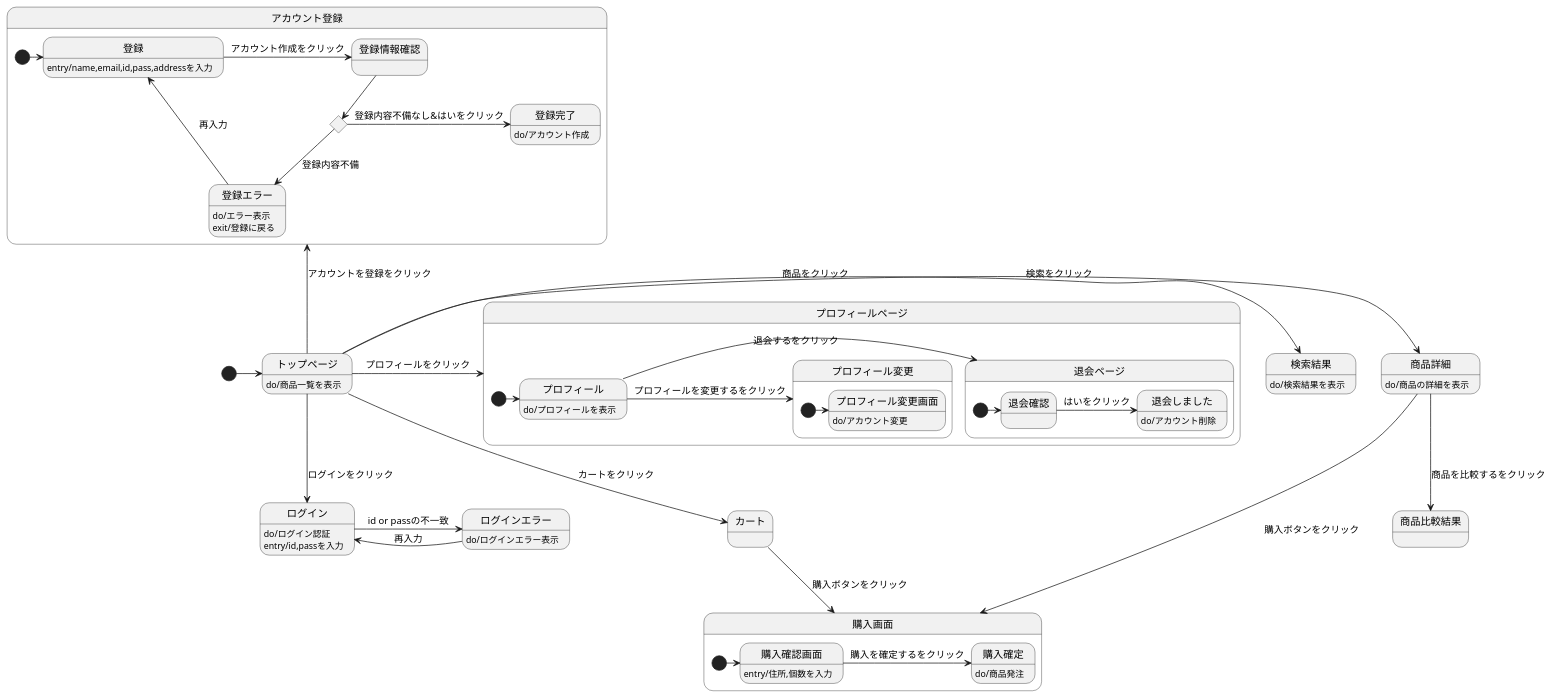
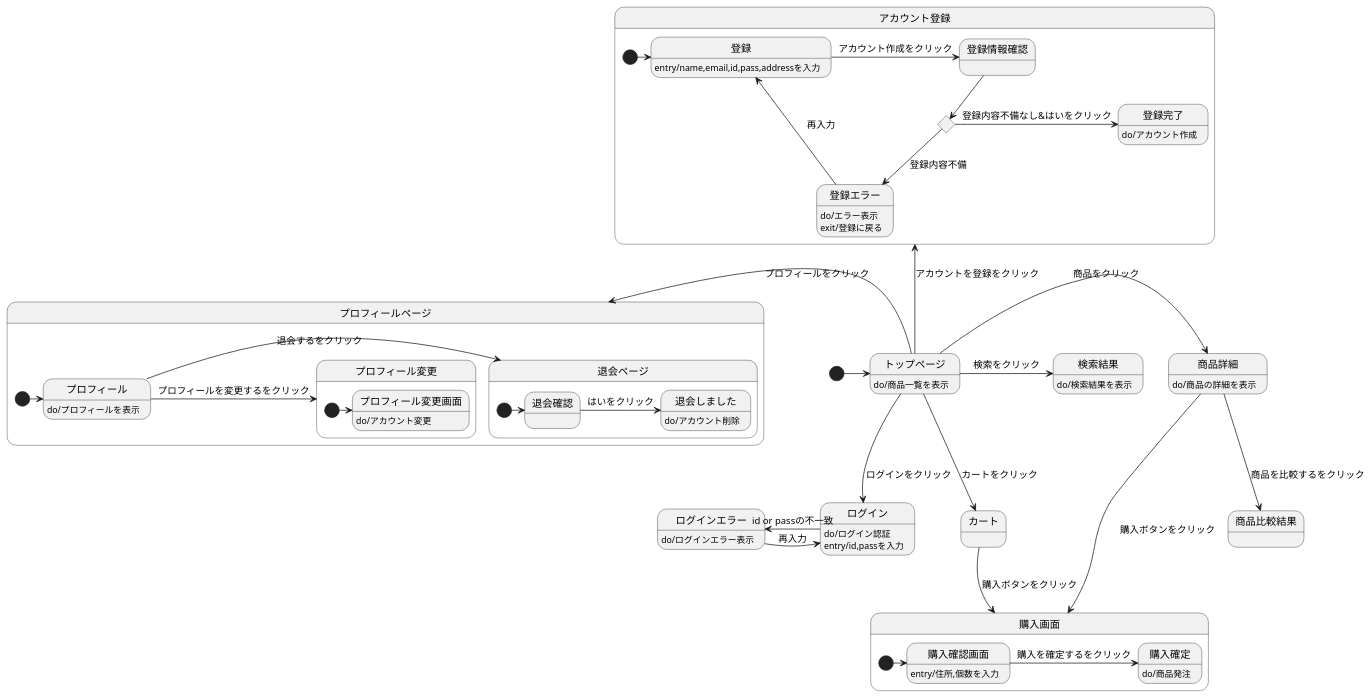
Before and after one commit to Aso2001159/2021sys-design: the diagram in stm01.md, drawn with PlantUML.

````diff
--- a/stm01.md
+++ b/stm01.md
@@ -1,58 +1,58 @@
 ```uml
 
 @startuml
 [*]->トップページ
 トップページ : do/商品一覧を表示
 トップページ->商品詳細 : 商品をクリック
   商品詳細 : do/商品の詳細を表示
   商品詳細 --> 商品比較結果 : 商品を比較するをクリック
   商品詳細-> 購入画面 :　購入ボタンをクリック
 トップページ-down->ログイン :ログインをクリック
   ログイン : do/ログイン認証
   ログイン : entry/id,passを入力
   ログイン -> ログインエラー : id or passの不一致
     ログインエラー :do/ログインエラー表示
   ログインエラー -> ログイン : 再入力
 トップページ-->カート :カートをクリック
 カート --> 購入画面 : 購入ボタンをクリック
 state 購入画面{
   [*]-> 購入確認画面
   購入確認画面 : entry/住所,個数を入力
   購入確認画面 -> 購入確定 : 購入を確定するをクリック
   購入確定 : do/商品発注
 }
 state アカウント登録{
 [*]-> 登録 
   トップページ-up-> アカウント登録 :アカウントを登録をクリック
   state t確認 <<choice>>
   登録 : entry/name,email,id,pass,addressを入力
   登録 ->登録情報確認: アカウント作成をクリック
   登録情報確認 --> t確認 
   t確認 --> 登録エラー : 登録内容不備
     登録エラー : do/エラー表示
     登録エラー : exit/登録に戻る
    登録エラー -> 登録 : 再入力
   t確認 -> 登録完了: 登録内容不備なし&はいをクリック
     登録完了: do/アカウント作成
   }
 トップページ->検索結果 :検索をクリック
   検索結果 : do/検索結果を表示
-トップページ-right->プロフィールページ :プロフィールをクリック
+トップページ-left->プロフィールページ :プロフィールをクリック
 state プロフィールページ{
 [*] -> プロフィール
 プロフィール : do/プロフィールを表示
   プロフィール ->退会ページ :退会するをクリック
   state 退会ページ{
     [*]-> 退会確認 
     退会確認-> 退会しました : はいをクリック
       退会しました : do/アカウント削除
     }
     プロフィール -> プロフィール変更 : プロフィールを変更するをクリック
     state プロフィール変更{
       [*]-> プロフィール変更画面
       プロフィール変更画面 : do/アカウント変更
     }
  }
 @enduml
 
 ```
````
